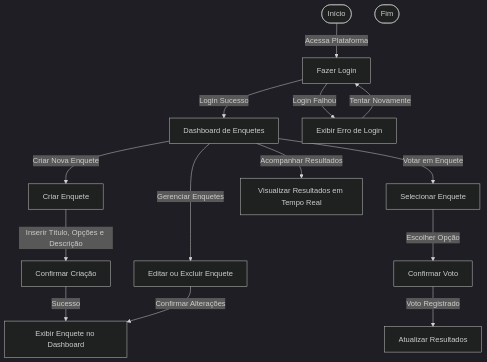
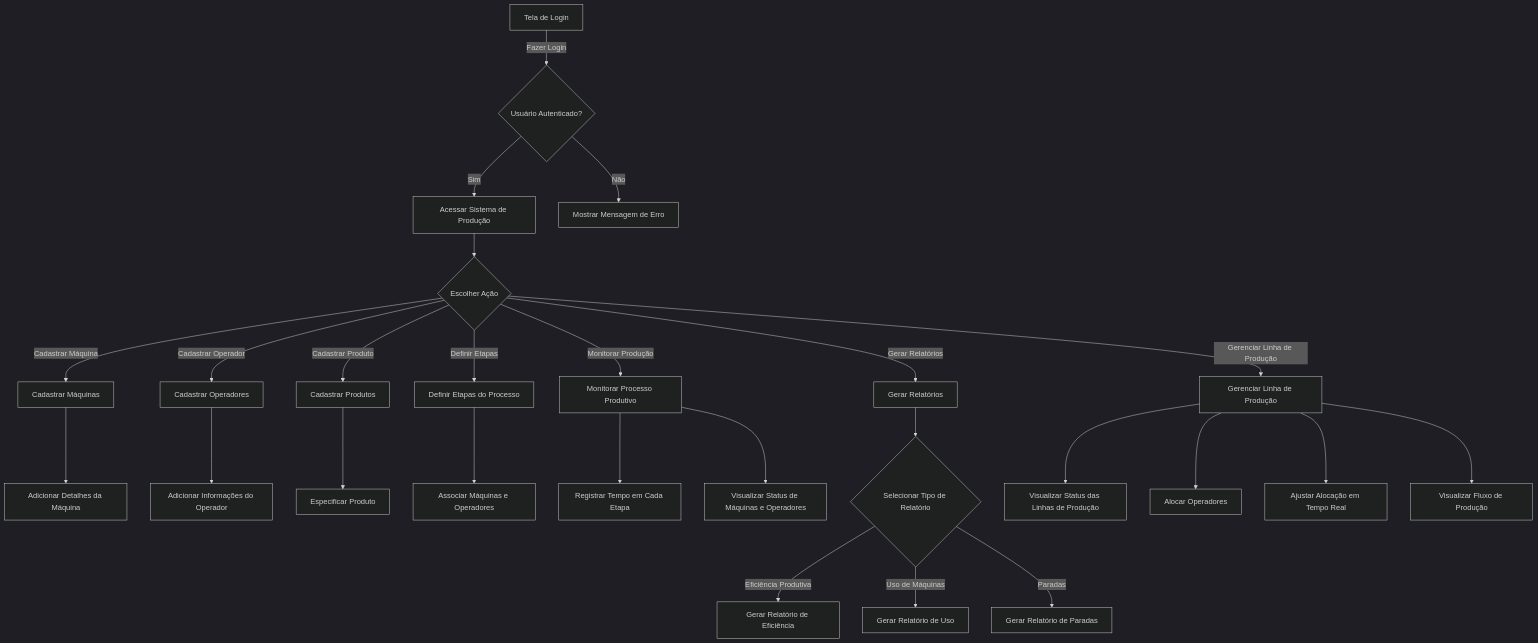
Before and after one commit to JoaovlLima/GestorDeProducao: the third of 3 diagrams in README.md, drawn with Mermaid (dark theme). The commit also changed other lines of this file, not shown here.

`````diff
--- a/README.md
+++ b/README.md
@@ -249,22 +259,34 @@
 ````mermaid
 flowchart TD
-    Start([Início]) --> |Acessa Plataforma| A[Fazer Login]
-    A -->|Login Sucesso| B[Dashboard de Enquetes]
-    A -->|Login Falhou| C[Exibir Erro de Login]
-    C -->|Tentar Novamente| A
+    A[Tela de Login] -->|Fazer Login| B{Usuário Autenticado?}
+    B -- Sim --> C[Acessar Sistema de Produção]
+    B -- Não --> D[Mostrar Mensagem de Erro]
     
-    B -->|Criar Nova Enquete| D[Criar Enquete]
-    D -->|Inserir Título, Opções e Descrição| E[Confirmar Criação]
-    E -->|Sucesso| F[Exibir Enquete no Dashboard]
+    C --> E{Escolher Ação}
+    E -->|Cadastrar Máquina| F[Cadastrar Máquinas]
+    E -->|Cadastrar Operador| G[Cadastrar Operadores]
+    E -->|Cadastrar Produto| H[Cadastrar Produtos]
+    E -->|Definir Etapas| I[Definir Etapas do Processo]
+    E -->|Monitorar Produção| J[Monitorar Processo Produtivo]
+    E -->|Gerar Relatórios| K[Gerar Relatórios]
+    E -->|Gerenciar Linha de Produção| L[Gerenciar Linha de Produção]
+
+    F --> M[Adicionar Detalhes da Máquina]
+    G --> N[Adicionar Informações do Operador]
+    H --> O[Especificar Produto]
+    I --> P[Associar Máquinas e Operadores]
     
-    B -->|Votar em Enquete| G[Selecionar Enquete]
-    G -->|Escolher Opção| H[Confirmar Voto]
-    H -->|Voto Registrado| I[Atualizar Resultados]
+    J --> Q[Registrar Tempo em Cada Etapa]
+    J --> R[Visualizar Status de Máquinas e Operadores]
     
-    B -->|Acompanhar Resultados| J[Visualizar Resultados em Tempo Real]
+    K --> S{Selecionar Tipo de Relatório}
+    S -->|Eficiência Produtiva| T[Gerar Relatório de Eficiência]
+    S -->|Uso de Máquinas| U[Gerar Relatório de Uso]
+    S -->|Paradas| V[Gerar Relatório de Paradas]
     
-    B -->|Gerenciar Enquetes| K[Editar ou Excluir Enquete]
-    K -->|Confirmar Alterações| F
-    
-    End([Fim])
+    L --> W[Visualizar Status das Linhas de Produção]
+    L --> X[Alocar Operadores]
+    L --> Y[Ajustar Alocação em Tempo Real]
+    L --> Z[Visualizar Fluxo de Produção]
+
 ````
`````
